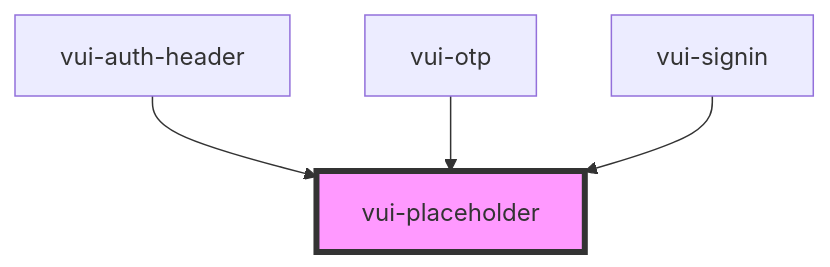
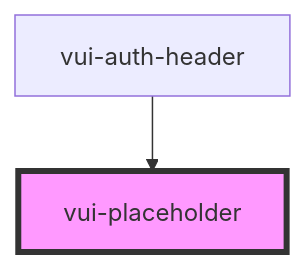
One commit to verite-team/verite-elements changed the diagram in packages/stencil-library/src/components/placeholder/readme.md. Above: the diagram before and after it, drawn with Mermaid. The commit also changed other lines of this file and 29 other files, not shown here.

````diff
--- a/packages/stencil-library/src/components/placeholder/readme.md
+++ b/packages/stencil-library/src/components/placeholder/readme.md
@@ -34,7 +32,5 @@
 ```mermaid
 graph TD;
   vui-auth-header --> vui-placeholder
-  vui-otp --> vui-placeholder
-  vui-signin --> vui-placeholder
   style vui-placeholder fill:#f9f,stroke:#333,stroke-width:4px
 ```
````
